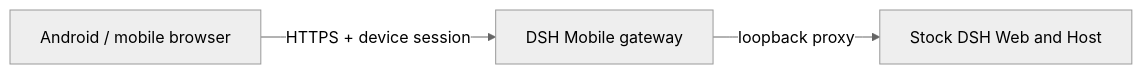
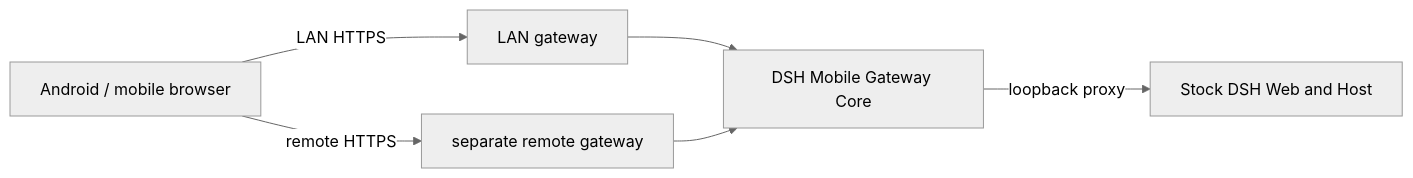
Before and after one commit to FeiyuEVE/dsh-mobile: the diagram in README.en.md, drawn with Mermaid (neutral theme). The commit also changed other lines of this file and 62 other files, not shown here.

Commit message:
release: dsh-mobile 0.2.0

````diff
--- a/README.en.md
+++ b/README.en.md
@@ -119,5 +154,8 @@
 ```mermaid
 flowchart LR
-  Phone["Android / mobile browser"] -->|"HTTPS + device session"| Gateway["DSH Mobile gateway"]
+  Phone["Android / mobile browser"] -->|"LAN HTTPS"| Lan["LAN gateway"]
+  Phone -->|"remote HTTPS"| Remote["separate remote gateway"]
+  Lan --> Gateway["DSH Mobile Gateway Core"]
+  Remote --> Gateway
   Gateway -->|"loopback proxy"| DSH["Stock DSH Web and Host"]
 ```
````
